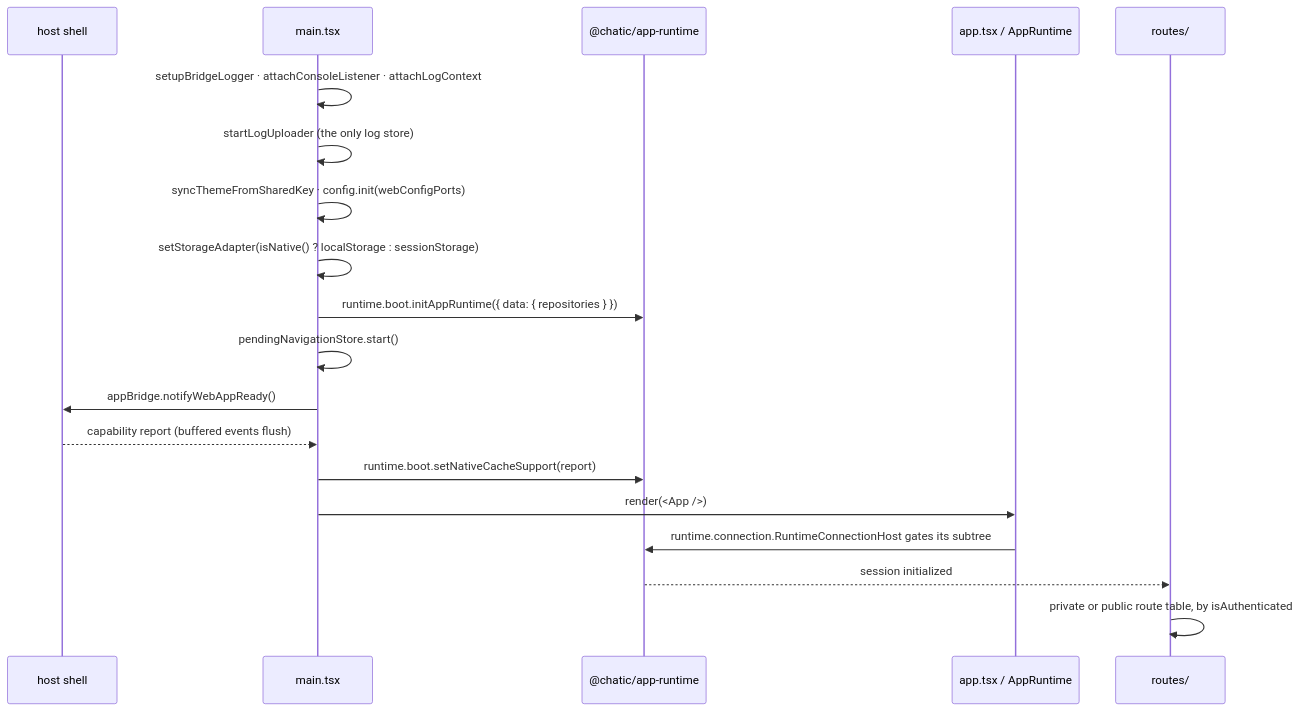
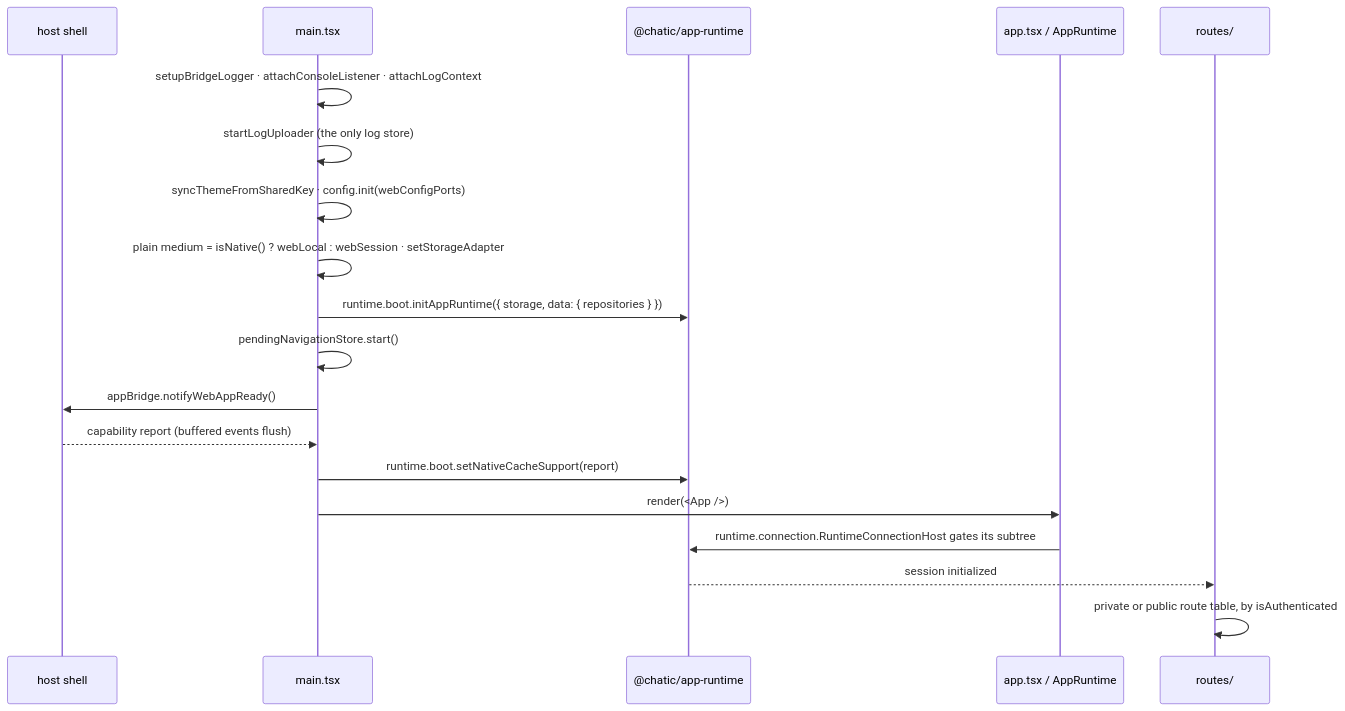
Before and after one commit to lemoncloud-io/dou-app: the second of 2 diagrams in apps/web/README.md, drawn with Mermaid. The commit also changed other lines of this file and 94 other files, not shown here.

````diff
--- a/apps/web/README.md
+++ b/apps/web/README.md
@@ -145,22 +146,22 @@
 ```mermaid
 sequenceDiagram
     participant Shell as host shell
     participant Main as main.tsx
     participant RT as @chatic/app-runtime
     participant App as app.tsx / AppRuntime
     participant Router as routes/
 
     Main->>Main: setupBridgeLogger · attachConsoleListener · attachLogContext
     Main->>Main: startLogUploader (the only log store)
     Main->>Main: syncThemeFromSharedKey · config.init(webConfigPorts)
-    Main->>Main: setStorageAdapter(isNative() ? localStorage : sessionStorage)
-    Main->>RT: runtime.boot.initAppRuntime({ data: { repositories } })
+    Main->>Main: plain medium = isNative() ? webLocal : webSession · setStorageAdapter
+    Main->>RT: runtime.boot.initAppRuntime({ storage, data: { repositories } })
     Main->>Main: pendingNavigationStore.start()
     Main->>Shell: appBridge.notifyWebAppReady()
     Shell-->>Main: capability report (buffered events flush)
     Main->>RT: runtime.boot.setNativeCacheSupport(report)
     Main->>App: render(<App />)
     App->>RT: runtime.connection.RuntimeConnectionHost gates its subtree
     RT-->>Router: session initialized
     Router->>Router: private or public route table, by isAuthenticated
 ```
````
